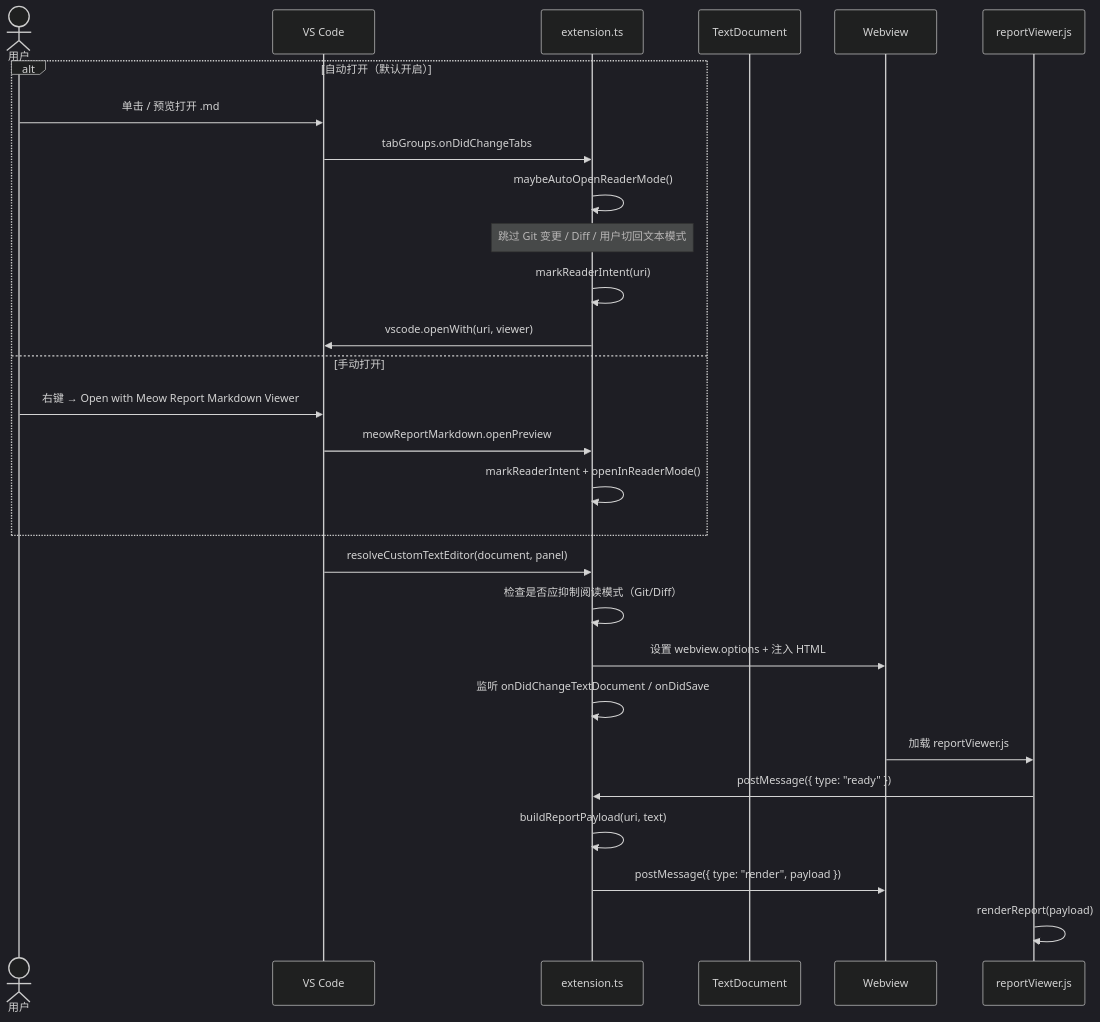
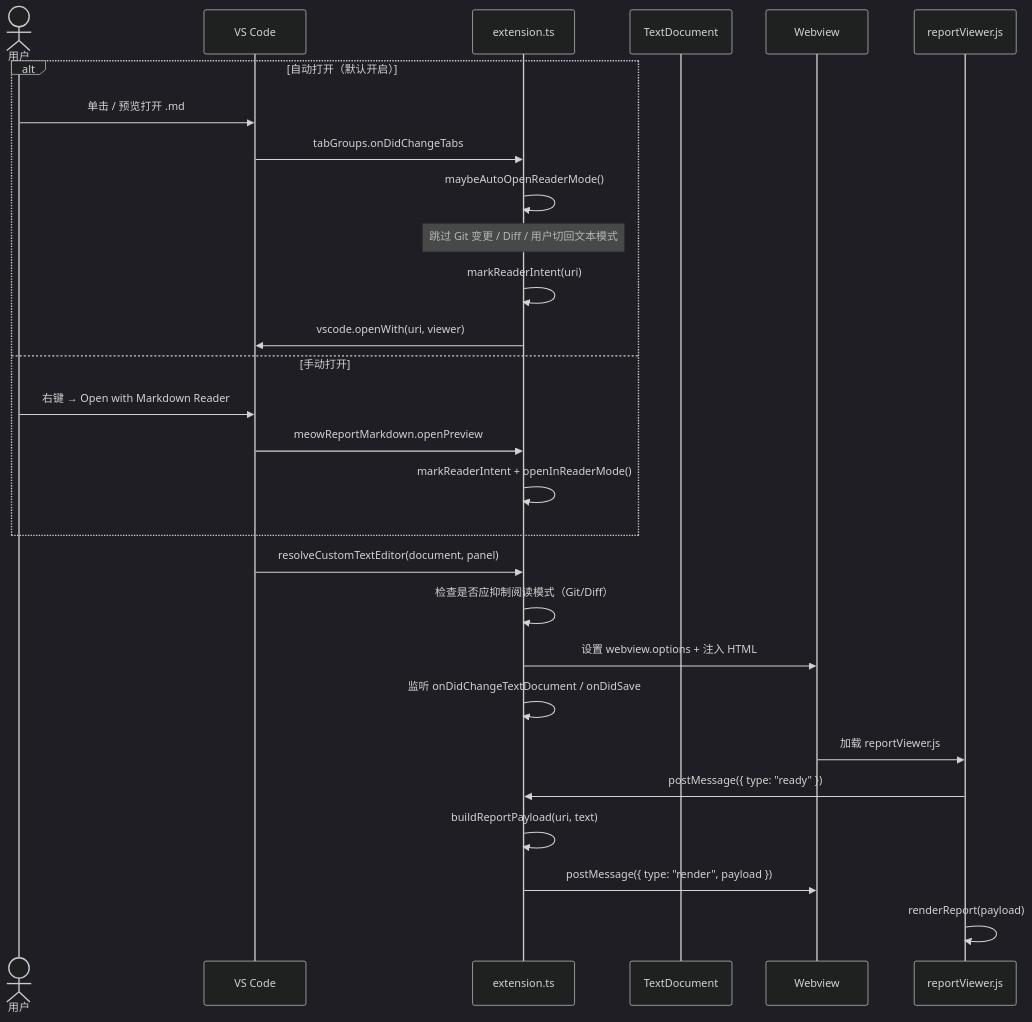
One commit to humensmoc/markdown-reader changed the third of 11 diagrams in docs/develop/project-architecture.md. Above: the diagram before and after it, drawn with Mermaid (dark theme). The commit also changed other lines of this file and 5 other files, not shown here.

````diff
--- a/docs/develop/project-architecture.md
+++ b/docs/develop/project-architecture.md
@@ -78,33 +78,33 @@
 ```mermaid
 sequenceDiagram
   actor U as 用户
   participant VS as VS Code
   participant EXT as extension.ts
   participant DOC as TextDocument
   participant WV as Webview
   participant RV as reportViewer.js
 
   alt 自动打开（默认开启）
     U->>VS: 单击 / 预览打开 .md
     VS->>EXT: tabGroups.onDidChangeTabs
     EXT->>EXT: maybeAutoOpenReaderMode()
     Note over EXT: 跳过 Git 变更 / Diff / 用户切回文本模式
     EXT->>EXT: markReaderIntent(uri)
     EXT->>VS: vscode.openWith(uri, viewer)
   else 手动打开
-    U->>VS: 右键 → Open with Meow Report Markdown Viewer
+    U->>VS: 右键 → Open with Markdown Reader
     VS->>EXT: meowReportMarkdown.openPreview
     EXT->>EXT: markReaderIntent + openInReaderMode()
   end
 
   VS->>EXT: resolveCustomTextEditor(document, panel)
   EXT->>EXT: 检查是否应抑制阅读模式（Git/Diff）
   EXT->>WV: 设置 webview.options + 注入 HTML
   EXT->>EXT: 监听 onDidChangeTextDocument / onDidSave
 
   WV->>RV: 加载 reportViewer.js
   RV->>EXT: postMessage({ type: "ready" })
   EXT->>EXT: buildReportPayload(uri, text)
   EXT->>WV: postMessage({ type: "render", payload })
   RV->>RV: renderReport(payload)
 ```
````
